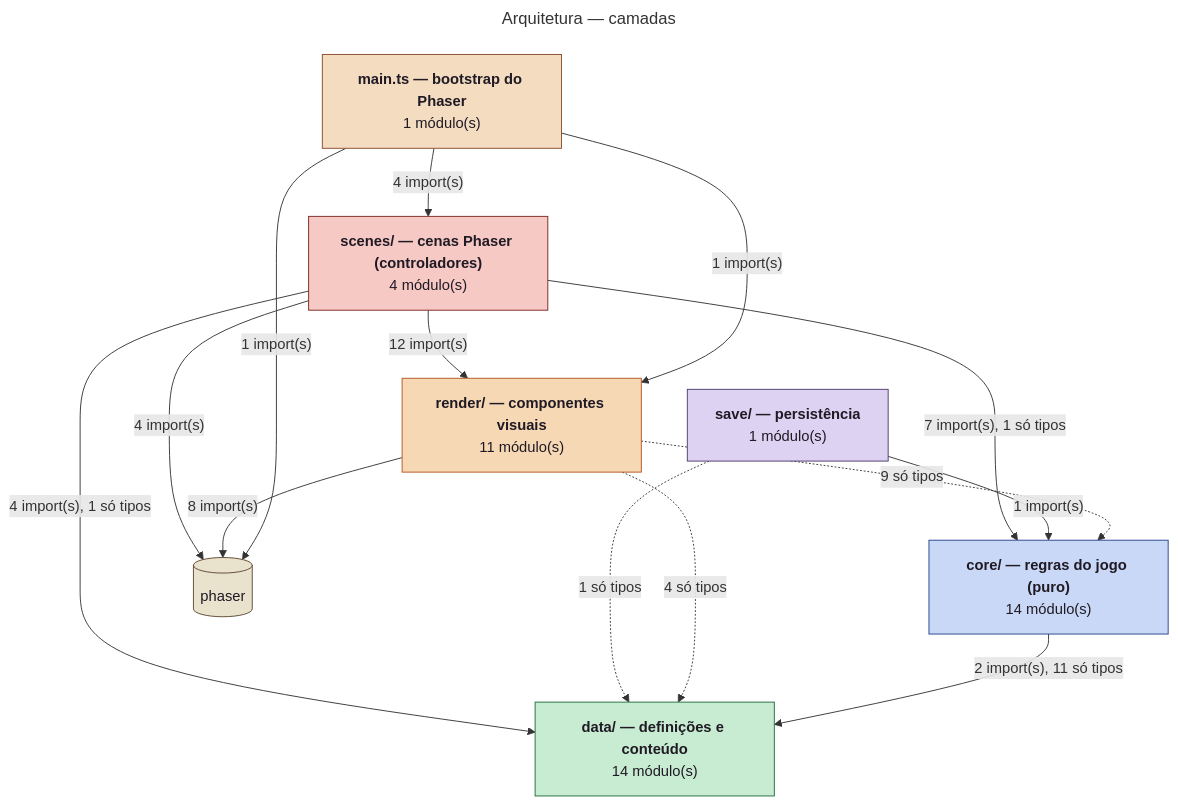
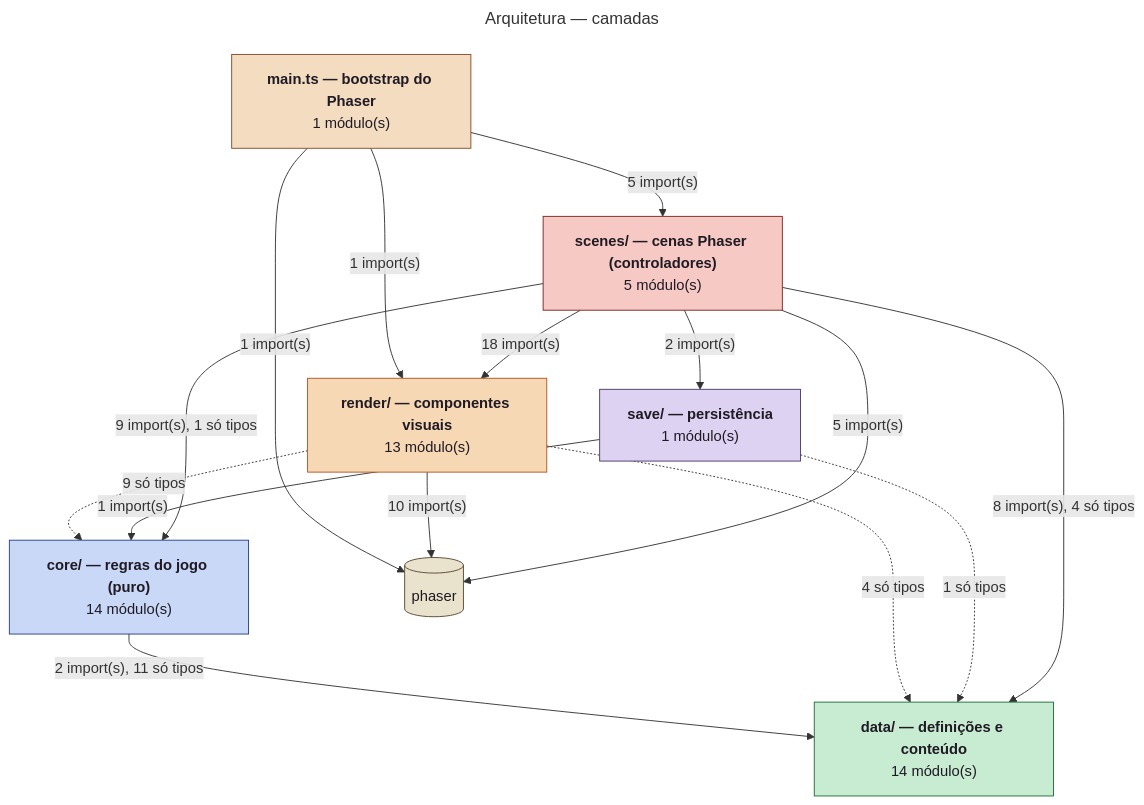
The first of 2 diagrams in docs/diagrams/architecture.md (Pitossomos/fire-crest), drawn with Mermaid before and after one commit. The commit also changed other lines of this file and 18 other files, not shown here.

````diff
--- a/docs/diagrams/architecture.md
+++ b/docs/diagrams/architecture.md
@@ -11,33 +11,34 @@
 ```mermaid
 ---
 title: Arquitetura — camadas
 ---
 flowchart TB
   app["<b>main.ts — bootstrap do Phaser</b><br/>1 módulo(s)"]:::layer_app
-  scenes["<b>scenes/ — cenas Phaser (controladores)</b><br/>4 módulo(s)"]:::layer_scenes
-  render["<b>render/ — componentes visuais</b><br/>11 módulo(s)"]:::layer_render
+  scenes["<b>scenes/ — cenas Phaser (controladores)</b><br/>5 módulo(s)"]:::layer_scenes
+  render["<b>render/ — componentes visuais</b><br/>13 módulo(s)"]:::layer_render
   core["<b>core/ — regras do jogo (puro)</b><br/>14 módulo(s)"]:::layer_core
   data["<b>data/ — definições e conteúdo</b><br/>14 módulo(s)"]:::layer_data
   save["<b>save/ — persistência</b><br/>1 módulo(s)"]:::layer_save
   ext_phaser[("phaser")]:::external
   app -->|"1 import(s)"| ext_phaser
   app -->|"1 import(s)"| render
-  app -->|"4 import(s)"| scenes
+  app -->|"5 import(s)"| scenes
   core -->|"2 import(s), 11 só tipos"| data
   render -.->|"9 só tipos"| core
   render -.->|"4 só tipos"| data
-  render -->|"8 import(s)"| ext_phaser
+  render -->|"10 import(s)"| ext_phaser
   save -->|"1 import(s)"| core
   save -.->|"1 só tipos"| data
-  scenes -->|"7 import(s), 1 só tipos"| core
-  scenes -->|"4 import(s), 1 só tipos"| data
-  scenes -->|"4 import(s)"| ext_phaser
-  scenes -->|"12 import(s)"| render
+  scenes -->|"9 import(s), 1 só tipos"| core
+  scenes -->|"8 import(s), 4 só tipos"| data
+  scenes -->|"5 import(s)"| ext_phaser
+  scenes -->|"18 import(s)"| render
+  scenes -->|"2 import(s)"| save
   classDef external fill:#e9e2cc,stroke:#5c4630,color:#1f1a24
   classDef layer_app fill:#f3dcc0,stroke:#8a4a2a,color:#1f1a24
   classDef layer_scenes fill:#f6c9c4,stroke:#7a2420,color:#1f1a24
   classDef layer_render fill:#f7d8b5,stroke:#b4531f,color:#1f1a24
   classDef layer_core fill:#c9d8f6,stroke:#24418a,color:#1f1a24
   classDef layer_data fill:#c8ecd2,stroke:#226b37,color:#1f1a24
   classDef layer_save fill:#ddd2f2,stroke:#4b3a6b,color:#1f1a24
 ```
````
